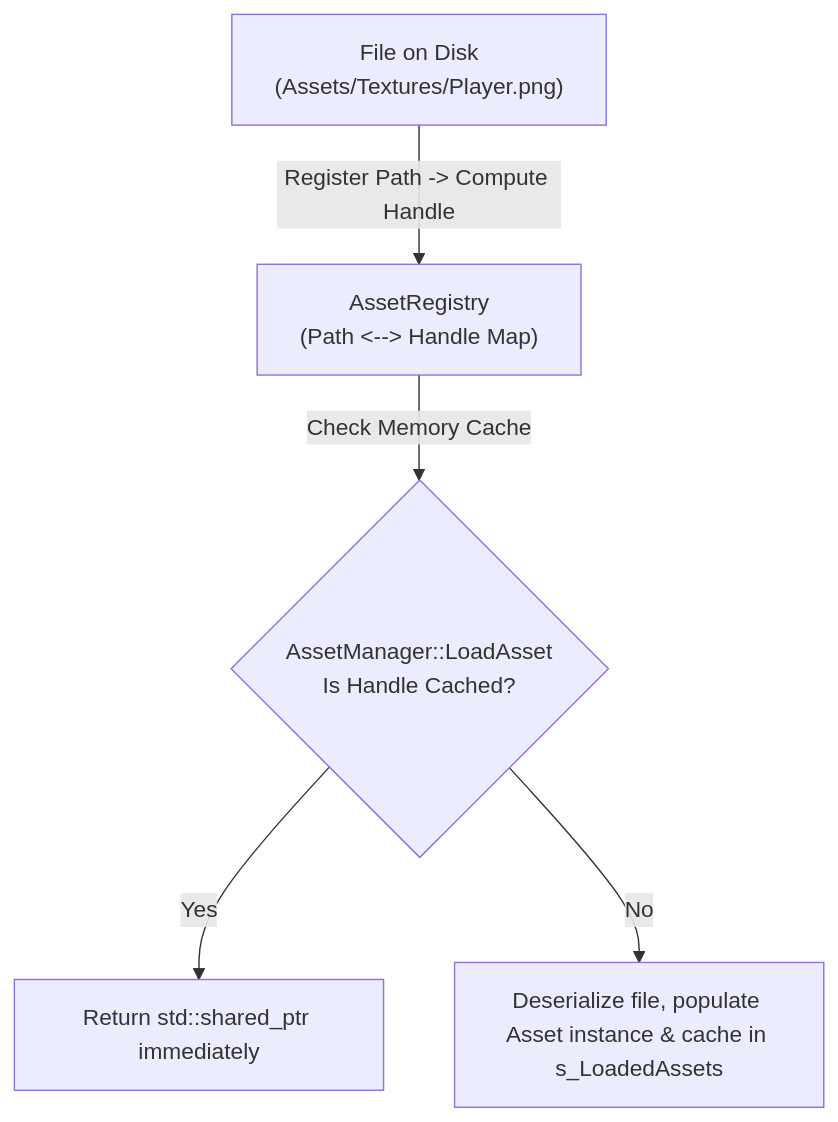
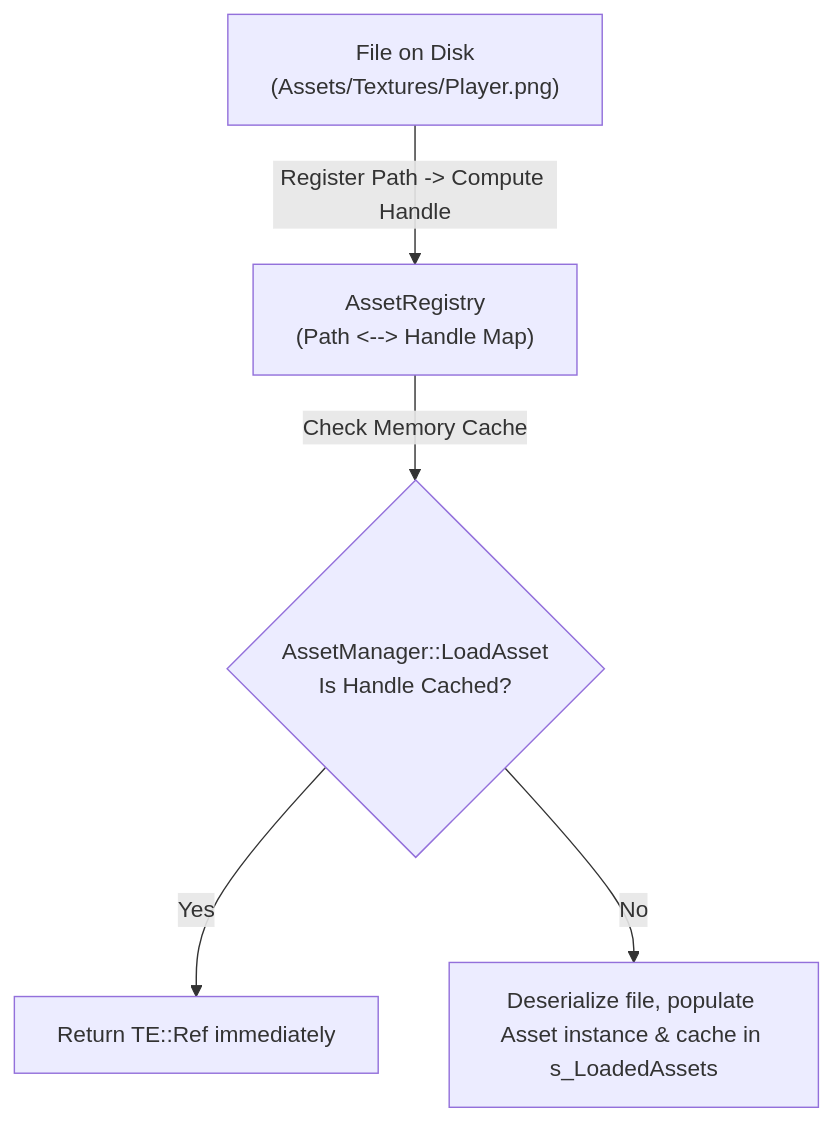
One commit to 1SHAMAY1/TimeEngine changed the diagram in Engine/src/Core/Asset/ARCHITECTURE.md. Above: the diagram before and after it, drawn with Mermaid. The commit also changed other lines of this file and 17 other files, not shown here.

````diff
--- a/Engine/src/Core/Asset/ARCHITECTURE.md
+++ b/Engine/src/Core/Asset/ARCHITECTURE.md
@@ -12,7 +12,7 @@
 ```mermaid
 flowchart TD
     Disk["File on Disk<br/>(Assets/Textures/Player.png)"] -->|Register Path -> Compute Handle| Registry["AssetRegistry<br/>(Path <--> Handle Map)"]
     Registry -->|Check Memory Cache| CacheCheck{"AssetManager::LoadAsset<br/>Is Handle Cached?"}
-    CacheCheck -->|Yes| Cached["Return std::shared_ptr<T> immediately"]
+    CacheCheck -->|Yes| Cached["Return TE::Ref<T> immediately"]
     CacheCheck -->|No| LoadDisk["Deserialize file, populate Asset instance & cache in s_LoadedAssets"]
 ```
````
